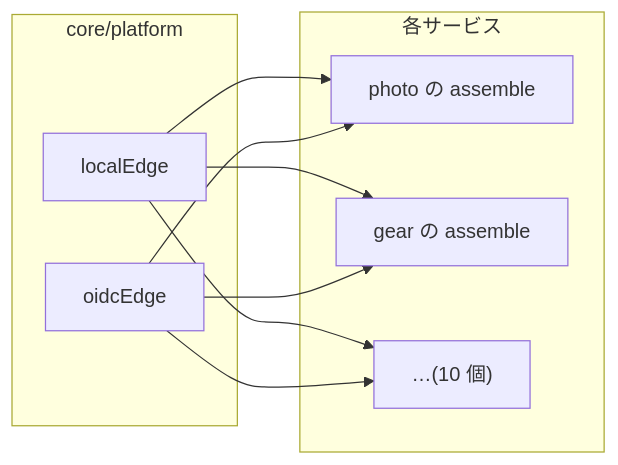
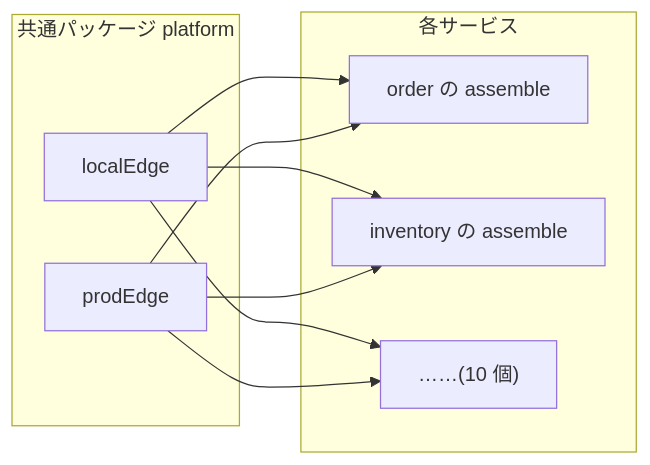
One commit to rikukaInoue/rikukadev changed the fifth of 6 diagrams in src/content/blog/go-di-library-when.mdx. Above: the diagram before and after it, drawn with Mermaid. The commit also changed other lines of this file, not shown here.

````diff
--- a/src/content/blog/go-di-library-when.mdx
+++ b/src/content/blog/go-di-library-when.mdx
@@ -224,18 +357,18 @@
 ```mermaid
 graph LR
-    subgraph platform["core/platform"]
+    subgraph platform["共通パッケージ platform"]
         LE["localEdge"]
-        OE["oidcEdge"]
+        PE["prodEdge"]
     end
     subgraph services["各サービス"]
-        S1["photo の assemble"]
-        S2["gear の assemble"]
-        S3["…(10 個)"]
+        S1["order の assemble"]
+        S2["inventory の assemble"]
+        S3["……(10 個)"]
     end
     LE --> S1
     LE --> S2
     LE --> S3
-    OE --> S1
-    OE --> S2
-    OE --> S3
+    PE --> S1
+    PE --> S2
+    PE --> S3
 ```
````
